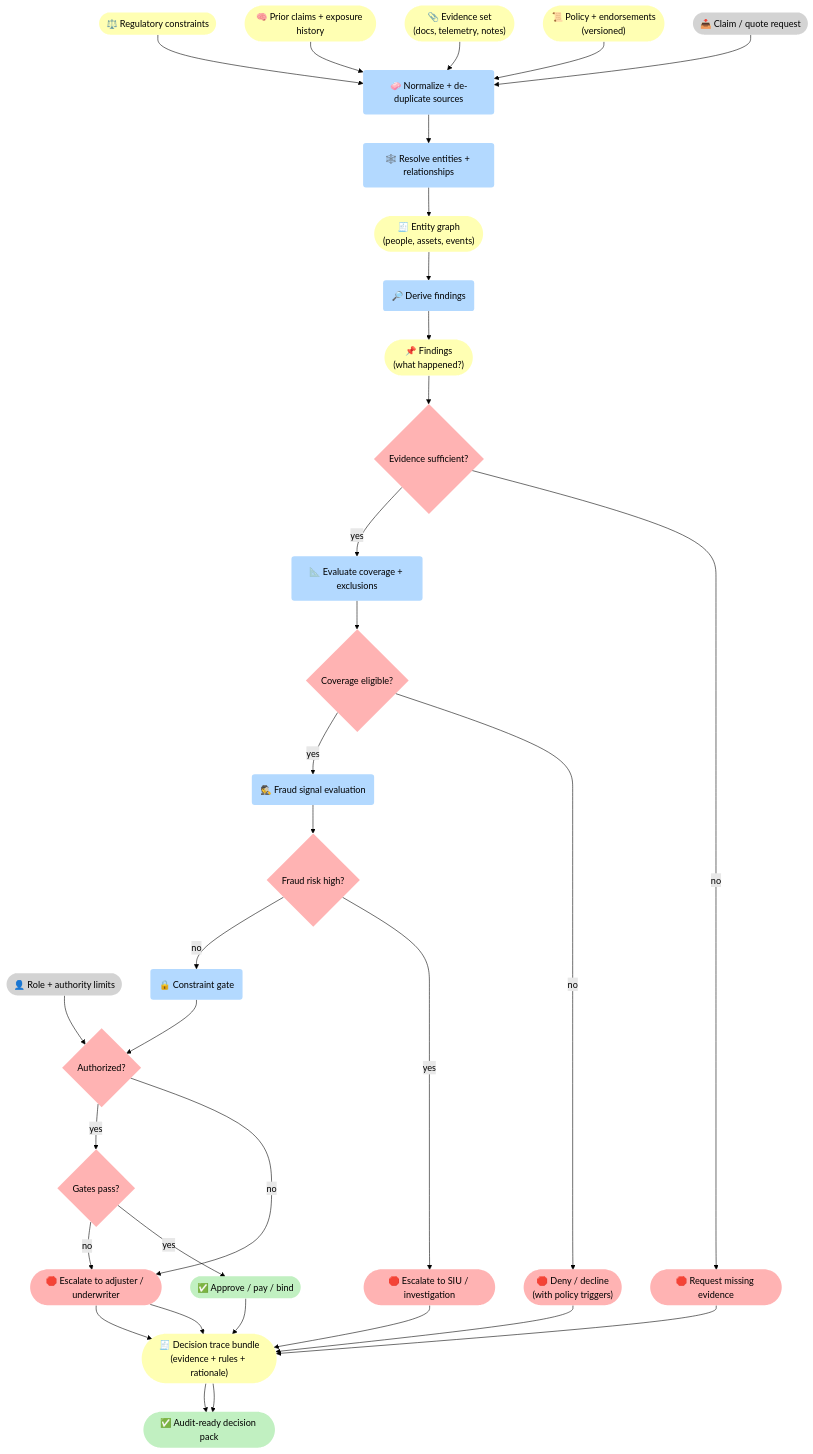
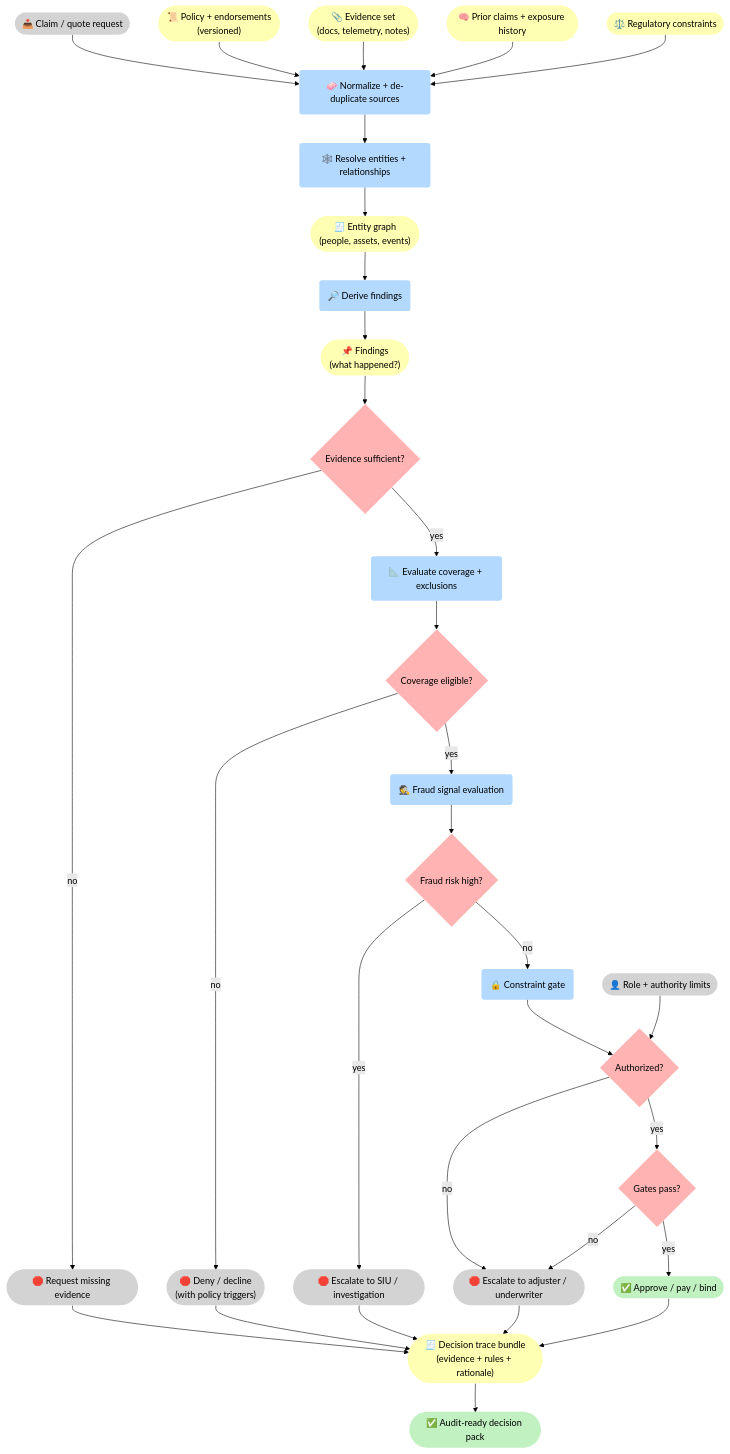
One commit to 5Reasons/5reasons.github.io changed the first of 3 diagrams in docs/case-studies/insurance.md. Above: the diagram before and after it, drawn with Mermaid (forest theme). The commit also changed other lines of this file and 14 other files, not shown here.

First line of the commit message:
Refactor diagrams and improve clarity in blog posts and case studies

````diff
--- a/docs/case-studies/insurance.md
+++ b/docs/case-studies/insurance.md
@@ -62,70 +62,70 @@
 ```mermaid
 flowchart TB
 %% Styles (brModel Standard)
 classDef i fill:#D3D3D3,stroke-width:0px,color:#000;
 classDef p fill:#B3D9FF,stroke-width:0px,color:#000;
 classDef r fill:#FFFFB3,stroke-width:0px,color:#000;
 classDef o fill:#C1F0C1,stroke-width:0px,color:#000;
 classDef s fill:#FFB3B3,stroke-width:0px,color:#000;
 
 I_C(["📥 Claim / quote request"]):::i
 I_Role(["👤 Role + authority limits"]):::i
 
 R_Pol(["📜 Policy + endorsements<br>(versioned)"]):::r
 R_Ev(["📎 Evidence set<br>(docs, telemetry, notes)"]):::r
 R_Hist(["🧠 Prior claims + exposure history"]):::r
 R_Reg(["⚖️ Regulatory constraints"]):::r
 
 P_Norm("🧼 Normalize + de-duplicate sources"):::p
 P_Ent("🕸️ Resolve entities + relationships"):::p
 R_Ent(["🧾 Entity graph<br>(people, assets, events)"]):::r
 
 P_Find("🔎 Derive findings"):::p
 R_Find(["📌 Findings<br>(what happened?)"]):::r
 
 G_Ev{"Evidence sufficient?"}:::s
-S_Req(["🛑 Request missing evidence"]):::s
+S_Req(["🛑 Request missing evidence"]):::i
 
 P_Cov("📐 Evaluate coverage + exclusions"):::p
 G_Elig{"Coverage eligible?"}:::s
-S_Deny(["🛑 Deny / decline<br>(with policy triggers)"]):::s
+S_Deny(["🛑 Deny / decline<br>(with policy triggers)"]):::i
 
 P_Fraud("🕵️ Fraud signal evaluation"):::p
 G_Fraud{"Fraud risk high?"}:::s
-S_SIU(["🛑 Escalate to SIU / investigation"]):::s
+S_SIU(["🛑 Escalate to SIU / investigation"]):::i
 
 P_Gate("🔒 Constraint gate"):::p
 G_Auth{"Authorized?"}:::s
 G_OK{"Gates pass?"}:::s
 
 O_OK(["✅ Approve / pay / bind"]):::o
-S_Esc(["🛑 Escalate to adjuster / underwriter"]):::s
+S_Esc(["🛑 Escalate to adjuster / underwriter"]):::i
 R_T(["🧾 Decision trace bundle<br>(evidence + rules + rationale)"]):::r
 O_Pack(["✅ Audit-ready decision pack"]):::o
 
 I_C --> P_Norm
 R_Pol --> P_Norm
 R_Ev --> P_Norm
 R_Hist --> P_Norm
 R_Reg --> P_Norm
 
 P_Norm --> P_Ent --> R_Ent --> P_Find --> R_Find --> G_Ev
 G_Ev -->|"no"| S_Req --> R_T
 G_Ev -->|"yes"| P_Cov --> G_Elig
 
 G_Elig -->|"no"| S_Deny --> R_T
 G_Elig -->|"yes"| P_Fraud --> G_Fraud
 
 G_Fraud -->|"yes"| S_SIU --> R_T
 G_Fraud -->|"no"| P_Gate --> G_Auth
 
 I_Role --> G_Auth
 G_Auth -->|"no"| S_Esc --> R_T
 G_Auth -->|"yes"| G_OK
 
 G_OK -->|"yes"| O_OK --> R_T --> O_Pack
-G_OK -->|"no"| S_Esc --> R_T --> O_Pack
+G_OK -->|"no"| S_Esc
 
 %% Clickable nodes
 click P_Gate "/methodology/constraints/" "Constraints & SHACL"
 ```
````
